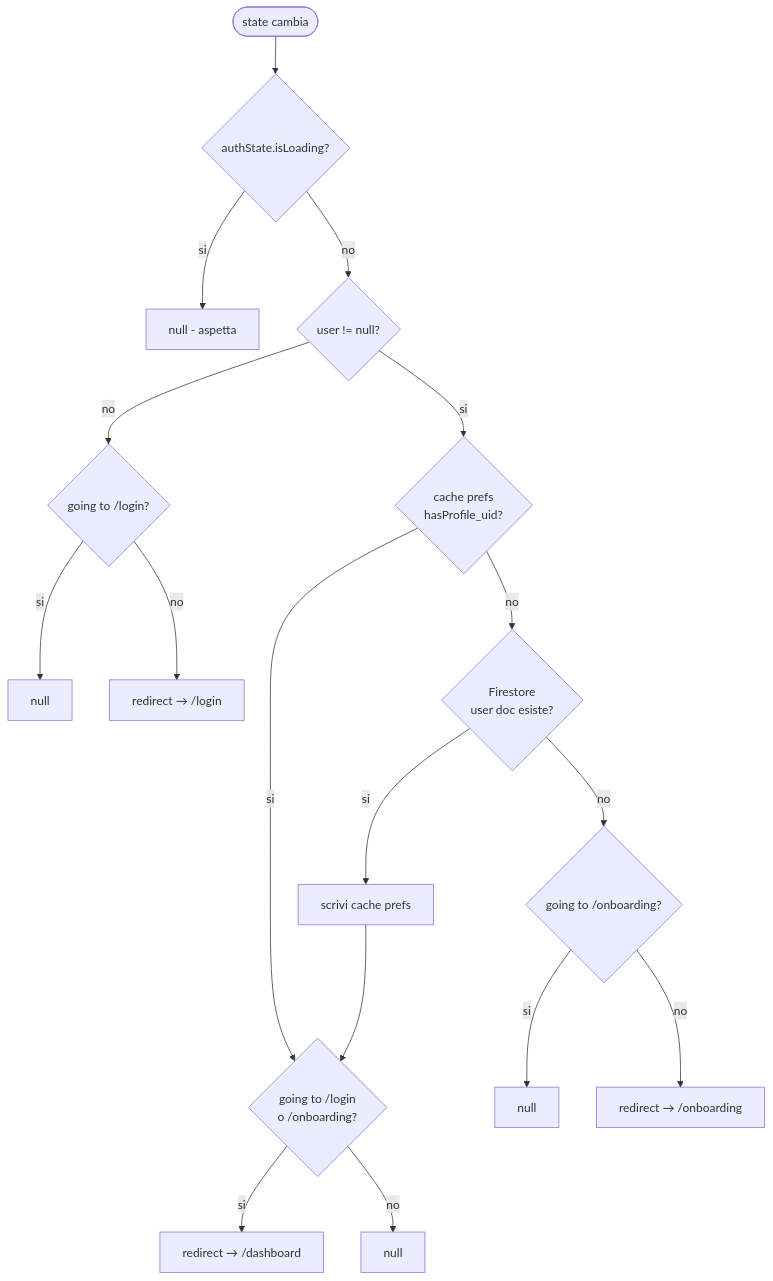
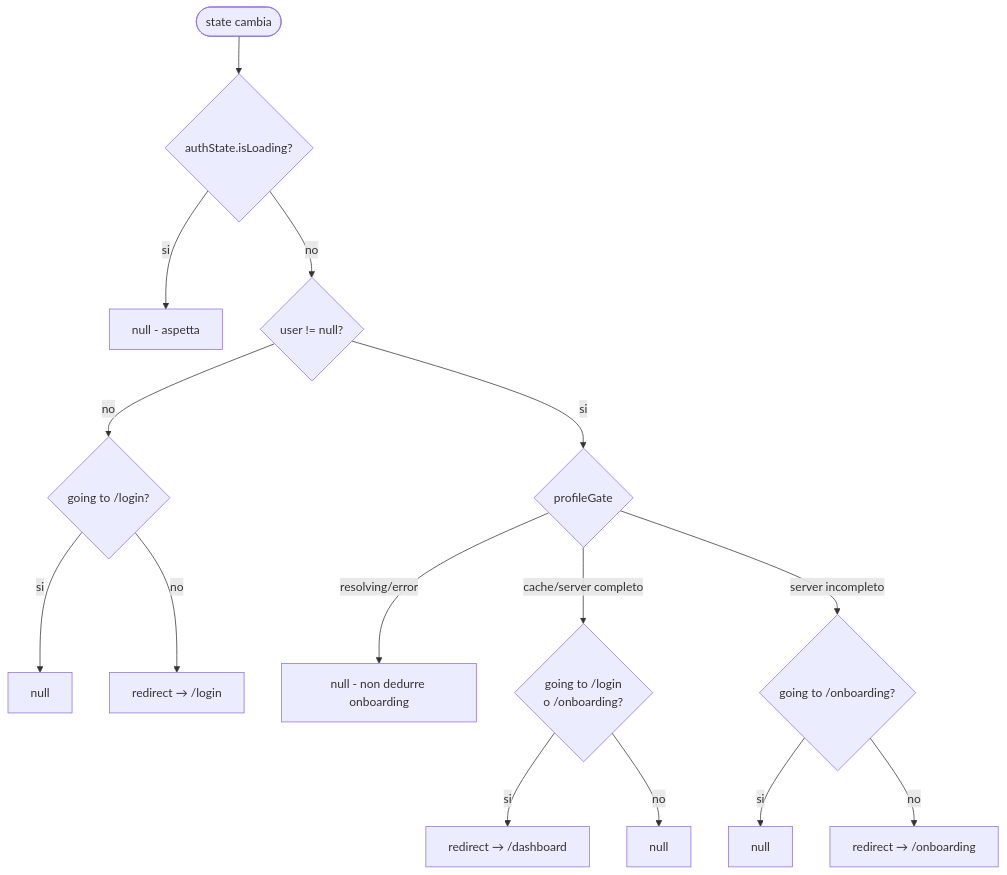
One commit to marcocipriani/chigio_time changed the second of 2 diagrams in docs/architettura/navigation.md. Above: the diagram before and after it, drawn with Mermaid. The commit also changed other lines of this file and 23 other files, not shown here.

Commit message:
fix: prevent cache-only onboarding redirects

````diff
--- a/docs/architettura/navigation.md
+++ b/docs/architettura/navigation.md
@@ -51,18 +51,17 @@
 ```mermaid
 flowchart TD
     Start([state cambia]) --> A{authState.isLoading?}
     A -- si --> Wait[null - aspetta]
     A -- no --> B{user != null?}
     B -- no --> C{going to /login?}
     C -- si --> Allow1[null]
     C -- no --> ToLogin[redirect → /login]
-    B -- si --> D{cache prefs\nhasProfile_uid?}
-    D -- si --> F{going to /login\no /onboarding?}
-    D -- no --> E{Firestore\nuser doc esiste?}
-    E -- no --> G{going to /onboarding?}
+    B -- si --> D{profileGate}
+    D -- resolving/error --> Wait2[null - non dedurre onboarding]
+    D -- cache/server completo --> F{going to /login\no /onboarding?}
+    D -- server incompleto --> G{going to /onboarding?}
     G -- si --> Allow2[null]
     G -- no --> ToOnb[redirect → /onboarding]
-    E -- si --> Cache[scrivi cache prefs] --> F
     F -- si --> ToDash[redirect → /dashboard]
     F -- no --> Allow3[null]
 ```
````
